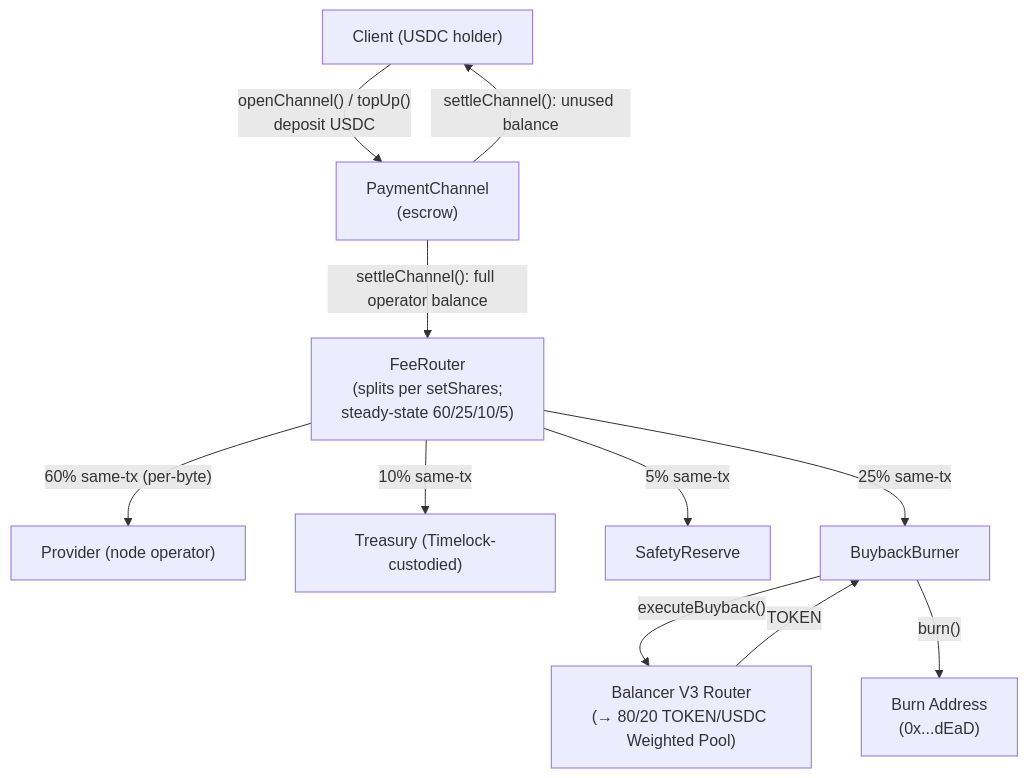
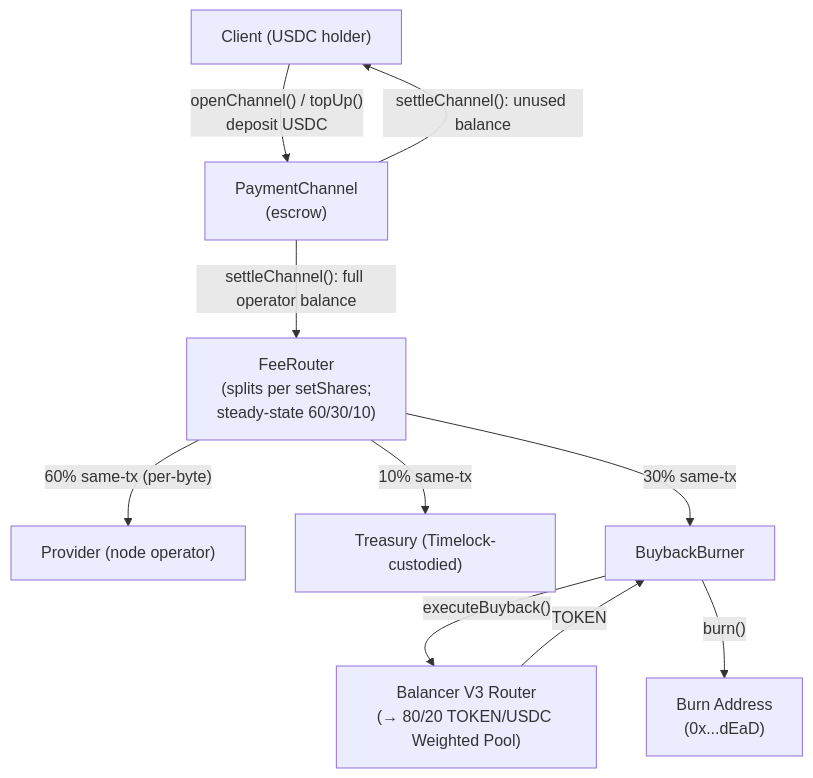
One commit to decdn/decdn changed the fourth of 5 diagrams in adr/016-contract-interactions.md. Above: the diagram before and after it, drawn with Mermaid. The commit also changed other lines of this file and 35 other files, not shown here.

First line of the commit message:
refactor(contracts): remove SafetyReserve; escrow-on-slash + 5% bucket to burn (#708)

````diff
--- a/adr/016-contract-interactions.md
+++ b/adr/016-contract-interactions.md
@@ -562,23 +552,21 @@
 ```mermaid
 flowchart TD
     Client["Client (USDC holder)"]
     PC["PaymentChannel<br/>(escrow)"]
-    FR["FeeRouter<br/>(splits per setShares;<br/>steady-state 60/25/10/5)"]
+    FR["FeeRouter<br/>(splits per setShares;<br/>steady-state 60/30/10)"]
     Provider["Provider (node operator)"]
     Treasury["Treasury (Timelock-custodied)"]
-    SAFE["SafetyReserve"]
     BB["BuybackBurner"]
     BAL["Balancer V3 Router<br/>(→ 80/20 TOKEN/USDC Weighted Pool)"]
     BURN["Burn Address<br/>(0x...dEaD)"]
 
     Client -->|"openChannel() / topUp()<br/>deposit USDC"| PC
     PC -->|"settleChannel(): full operator balance"| FR
     PC -->|"settleChannel(): unused balance"| Client
     FR -->|"60% same-tx (per-byte)"| Provider
-    FR -->|"25% same-tx"| BB
+    FR -->|"30% same-tx"| BB
     FR -->|"10% same-tx"| Treasury
-    FR -->|"5% same-tx"| SAFE
     BB -->|"executeBuyback()"| BAL
     BAL -->|"TOKEN"| BB
     BB -->|"burn()"| BURN
 ```
````
